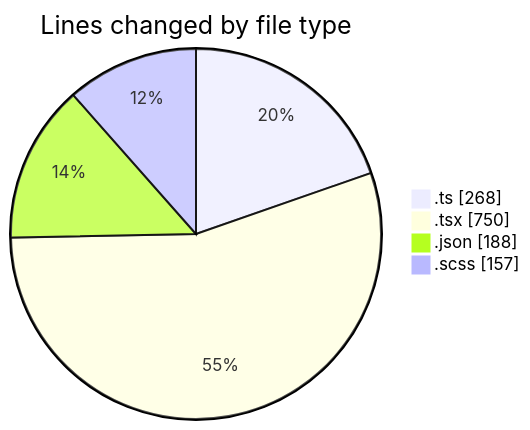
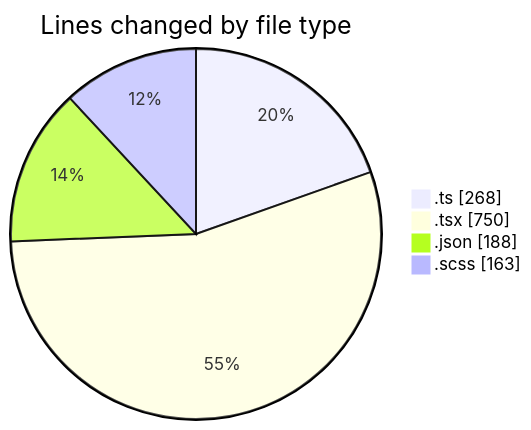
Before and after one commit to momahboobian/code-tracking: the first of 2 diagrams in 2026-05-07/cda/README.md, drawn with Mermaid. The commit also changed other lines of this file and 1 other file, not shown here.

````diff
--- a/2026-05-07/cda/README.md
+++ b/2026-05-07/cda/README.md
@@ -32,8 +32,8 @@
 ```mermaid
 pie showData
 title Lines changed by file type
 ".ts" : 268
 ".tsx" : 750
 ".json" : 188
-".scss" : 157
+".scss" : 163
 ```
````
